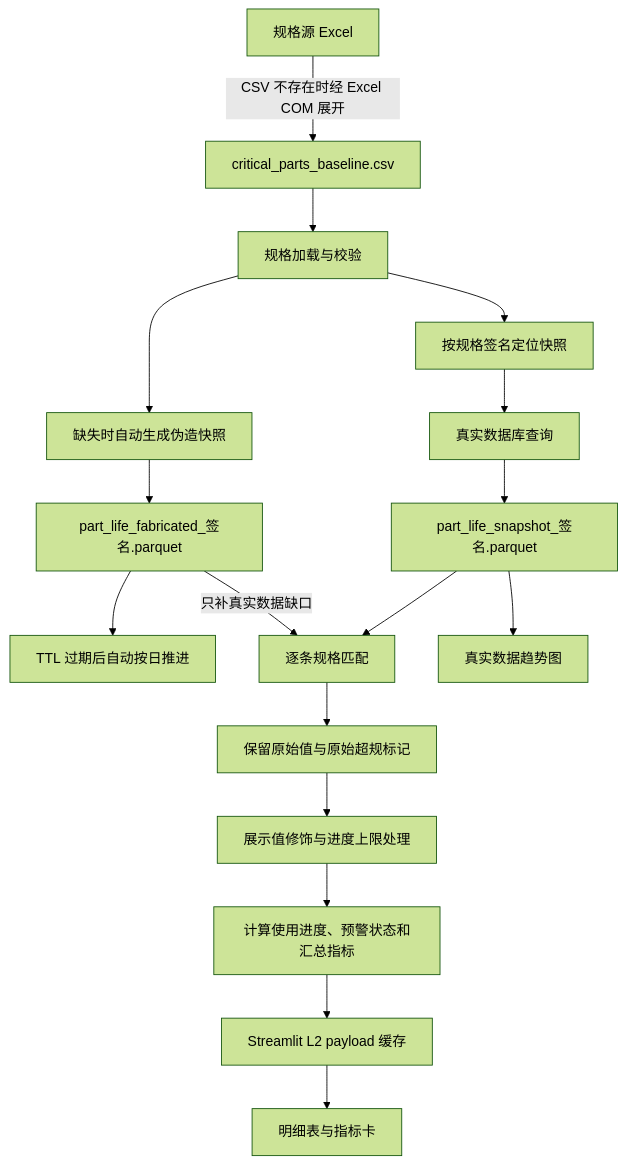
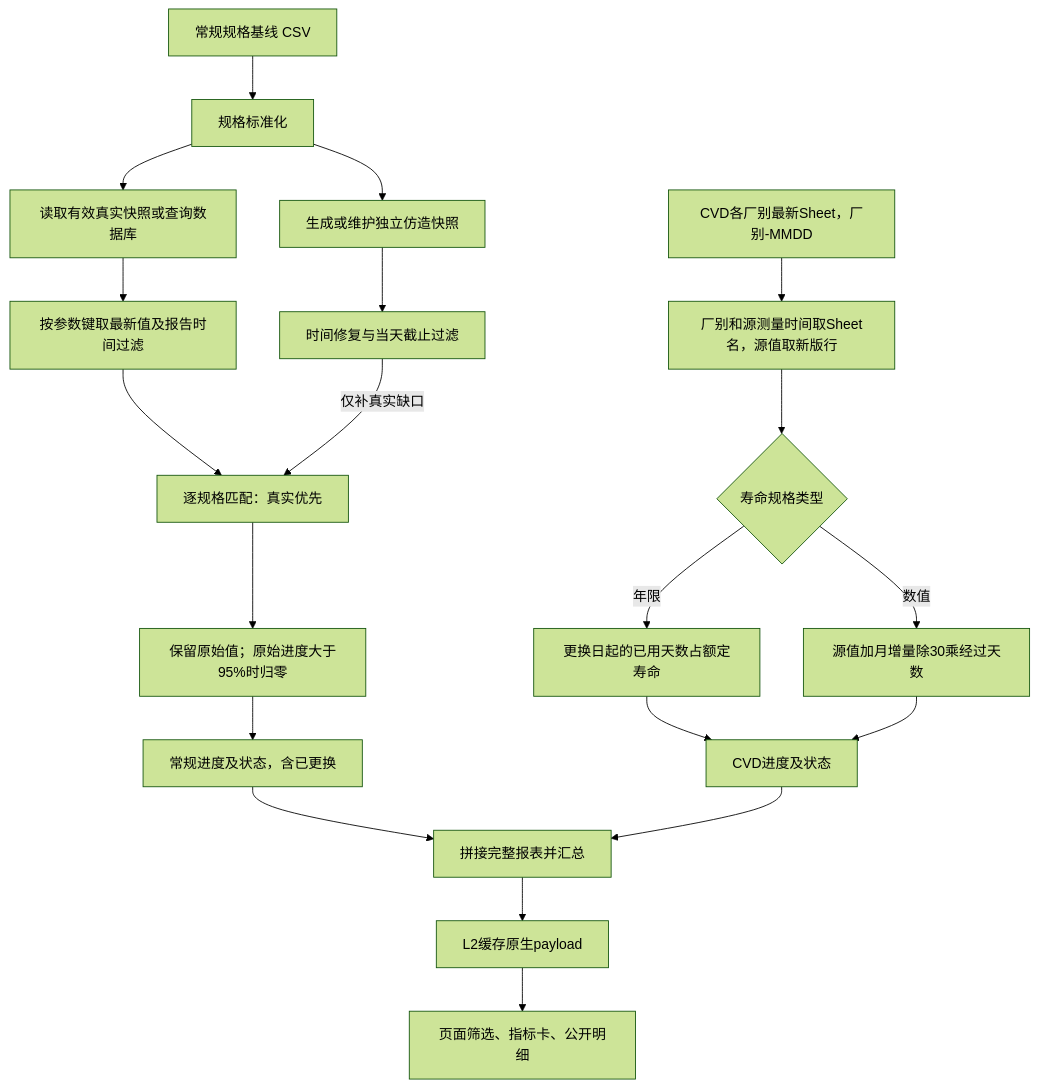
Before and after one commit to wzygio/vivo-project: the diagram in references/domain/equipment_domain/parts/data-flow-critical-parts.md, drawn with Mermaid (forest theme). The commit also changed other lines of this file and 118 other files, not shown here.

````diff
--- a/references/domain/equipment_domain/parts/data-flow-critical-parts.md
+++ b/references/domain/equipment_domain/parts/data-flow-critical-parts.md
@@ -28,19 +19,22 @@
 ```mermaid
 flowchart TD
-    A[规格源 Excel] -->|CSV 不存在时经 Excel COM 展开| B[critical_parts_baseline.csv]
-    B --> C[规格加载与校验]
-    C --> D[按规格签名定位快照]
-    D --> E[真实数据库查询]
-    E --> F[part_life_snapshot_签名.parquet]
-    C --> G[缺失时自动生成伪造快照]
-    G --> H[part_life_fabricated_签名.parquet]
-    H --> I[TTL 过期后自动按日推进]
-    F --> J[逐条规格匹配]
-    H -->|只补真实数据缺口| J
-    J --> K[保留原始值与原始超规标记]
-    K --> L[展示值修饰与进度上限处理]
-    L --> M[计算使用进度、预警状态和汇总指标]
-    M --> N[Streamlit L2 payload 缓存]
-    N --> O[明细表与指标卡]
-    F --> P[真实数据趋势图]
+    A[常规规格基线 CSV] --> B[规格标准化]
+    B --> C[读取有效真实快照或查询数据库]
+    C --> D[按参数键取最新值及报告时间过滤]
+    B --> E[生成或维护独立仿造快照]
+    E --> F[时间修复与当天截止过滤]
+    D --> G[逐规格匹配：真实优先]
+    F -->|仅补真实缺口| G
+    G --> H[保留原始值；原始进度大于95%时归零]
+    H --> I[常规进度及状态，含已更换]
+    J[CVD各厂别最新Sheet，厂别-MMDD] --> J1[厂别和源测量时间取Sheet名，源值取新版行]
+    J1 --> K{寿命规格类型}
+    K -->|年限| L[更换日起的已用天数占额定寿命]
+    K -->|数值| M[源值加月增量除30乘经过天数]
+    L --> N[CVD进度及状态]
+    M --> N
+    I --> O[拼接完整报表并汇总]
+    N --> O
+    O --> P[L2缓存原生payload]
+    P --> Q[页面筛选、指标卡、公开明细]
 ```
````
